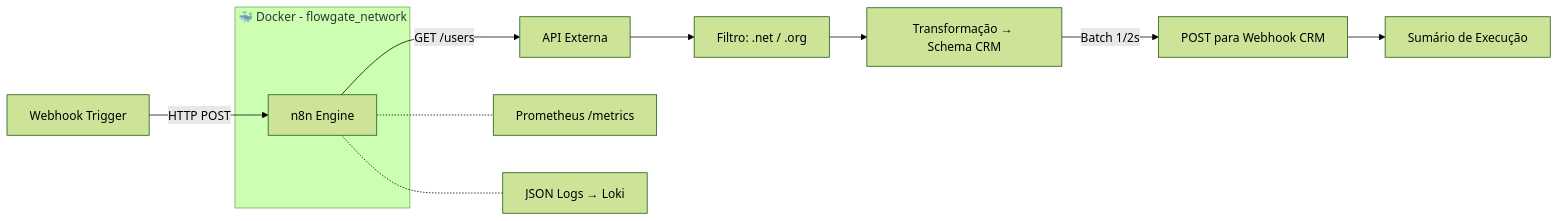
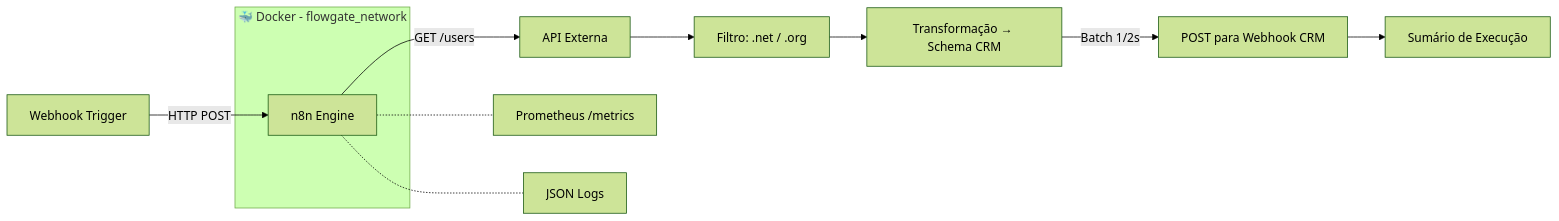
The diagram in README.md (lucasdaniel2201/flowgate-automation), drawn with Mermaid (forest theme) before and after one commit. The commit also changed other lines of this file and 42 other files, not shown here.

````diff
--- a/README.md
+++ b/README.md
@@ -66,16 +61,16 @@
 ```mermaid
 graph LR
     A[Webhook Trigger] -->|HTTP POST| B[n8n Engine]
     B -->|GET /users| C[API Externa]
     C --> D[Filtro: .net / .org]
     D --> E[Transformação → Schema CRM]
     E -->|Batch 1/2s| F[POST para Webhook CRM]
     F --> G[Sumário de Execução]
 
     subgraph Docker[🐳 Docker - flowgate_network]
         B
     end
 
     B -.- M[Prometheus /metrics]
-    B -.- L[JSON Logs → Loki]
+    B -.- L[JSON Logs]
 ```
````
